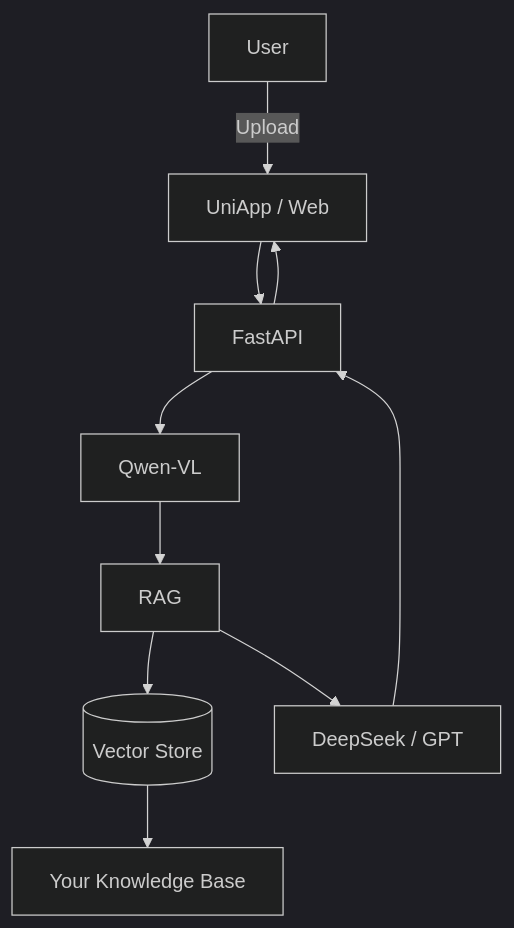
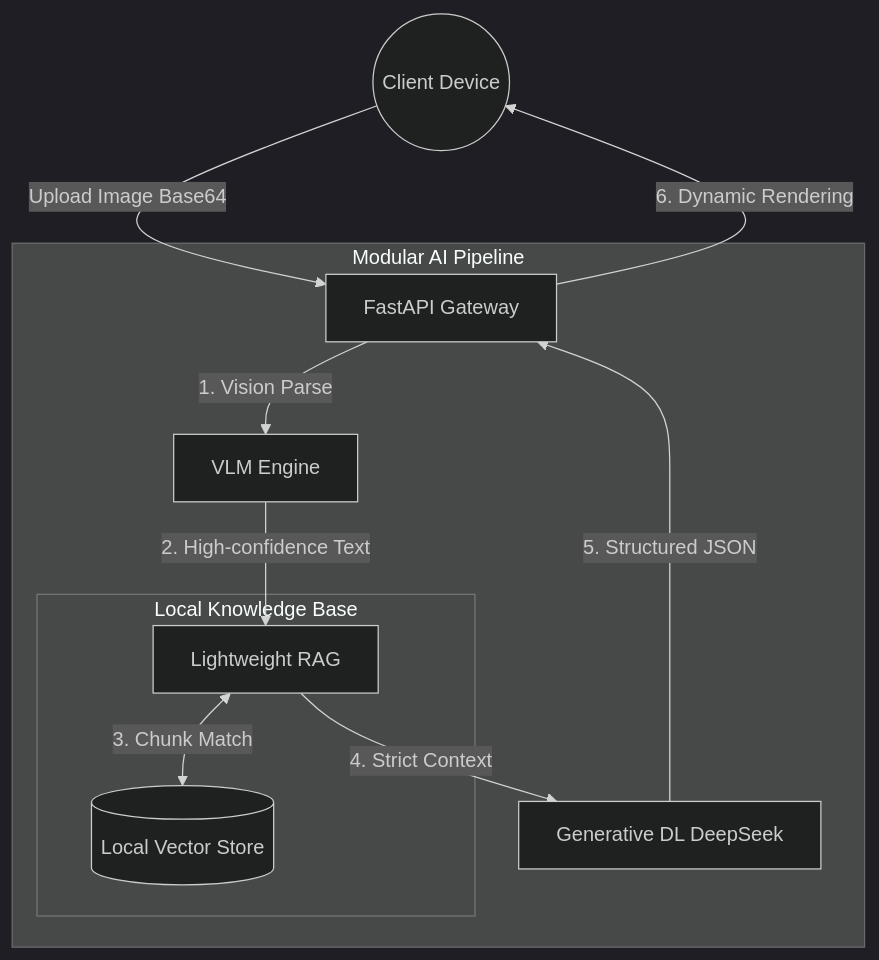
One commit to KardeniaPoyu/MiniRAGuard changed the diagram in README.md. Above: the diagram before and after it, drawn with Mermaid (dark theme). The commit also changed other lines of this file, not shown here.

````diff
--- a/README.md
+++ b/README.md
@@ -142,16 +71,18 @@
 ```mermaid
 graph TD
-    User -->|Upload| Frontend[UniApp / Web]
-    Frontend --> API[FastAPI]
-
-    API --> VLM[Qwen-VL]
-    VLM --> RAG
-
-    RAG --> VectorDB[(Vector Store)]
-    VectorDB --> Docs[Your Knowledge Base]
-
-    RAG --> LLM[DeepSeek / GPT]
-
-    LLM --> API
-    API --> Frontend
+    User((Client Device)) -->|Upload Image Base64| API_Gateway[FastAPI Gateway]
+    
+    subgraph Modular AI Pipeline
+        API_Gateway -->|1. Vision Parse| VL[VLM Engine]
+        VL -->|2. High-confidence Text| RAG_Engine[Lightweight RAG]
+        
+        subgraph Local Knowledge Base
+            RAG_Engine <-->|3. Chunk Match| VectorDB[(Local Vector Store)]
+        end
+        
+        RAG_Engine -->|4. Strict Context| LLM[Generative DL DeepSeek]
+    end
+    
+    LLM -->|5. Structured JSON| API_Gateway
+    API_Gateway -->|6. Dynamic Rendering| User
 ```
````
